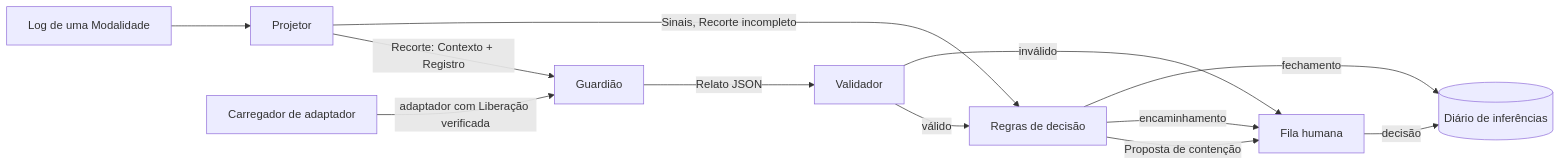
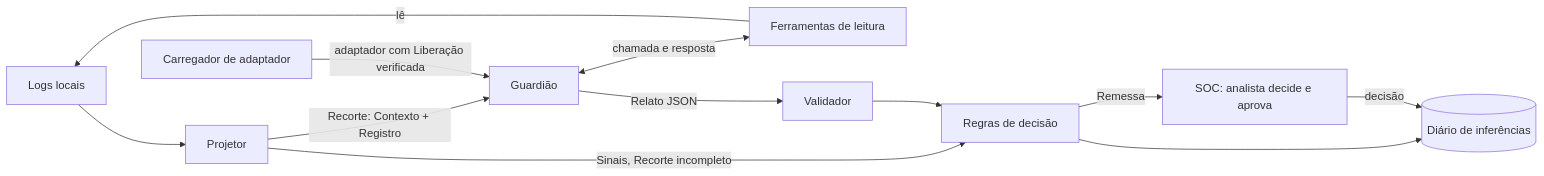
The diagram in docs/arquitetura/01-runtime-agentico.md (MathBorgess/soc-triage-lora-lab), drawn with Mermaid before and after one commit. The commit also changed other lines of this file and 3 other files, not shown here.

First line of the commit message:
docs: tese de carga no analista, Remessa, Reexecução e ferramentas no runtime local

````diff
--- a/docs/arquitetura/01-runtime-agentico.md
+++ b/docs/arquitetura/01-runtime-agentico.md
@@ -25,14 +30,14 @@
 ```mermaid
 flowchart LR
-    L[Log de uma Modalidade] --> P[Projetor]
+    L[Logs locais] --> P[Projetor]
     P -->|Recorte: Contexto + Registro| G[Guardião]
     P -->|Sinais, Recorte incompleto| R[Regras de decisão]
+    G <-->|chamada e resposta| F[Ferramentas de leitura]
+    F -->|lê| L
     C[Carregador de adaptador] -->|adaptador com Liberação verificada| G
     G -->|Relato JSON| V[Validador]
-    V -->|válido| R
-    V -->|inválido| H[Fila humana]
-    R -->|Proposta de contenção| H
-    R -->|encaminhamento| H
-    R -->|fechamento| D[(Diário de inferências)]
-    H -->|decisão| D
+    V --> R
+    R --> D[(Diário de inferências)]
+    R -->|Remessa| S[SOC: analista decide e aprova]
+    S -->|decisão| D
 ```
````
